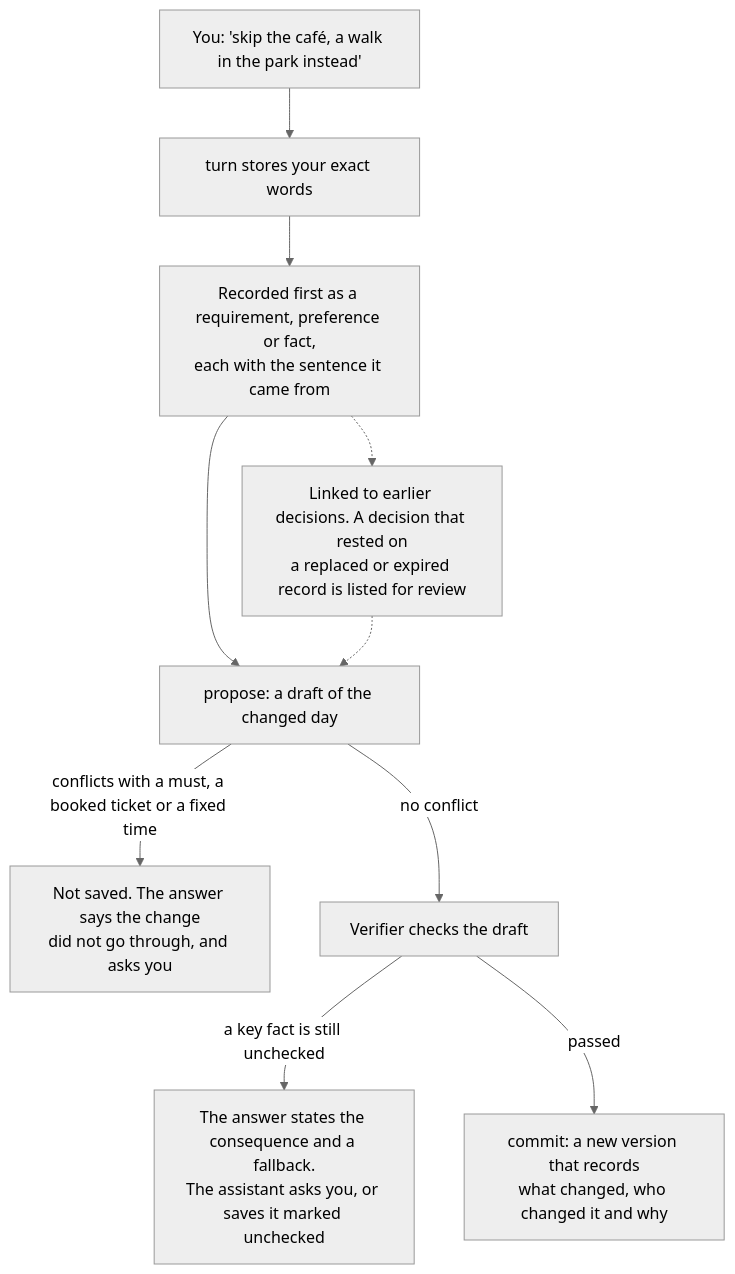
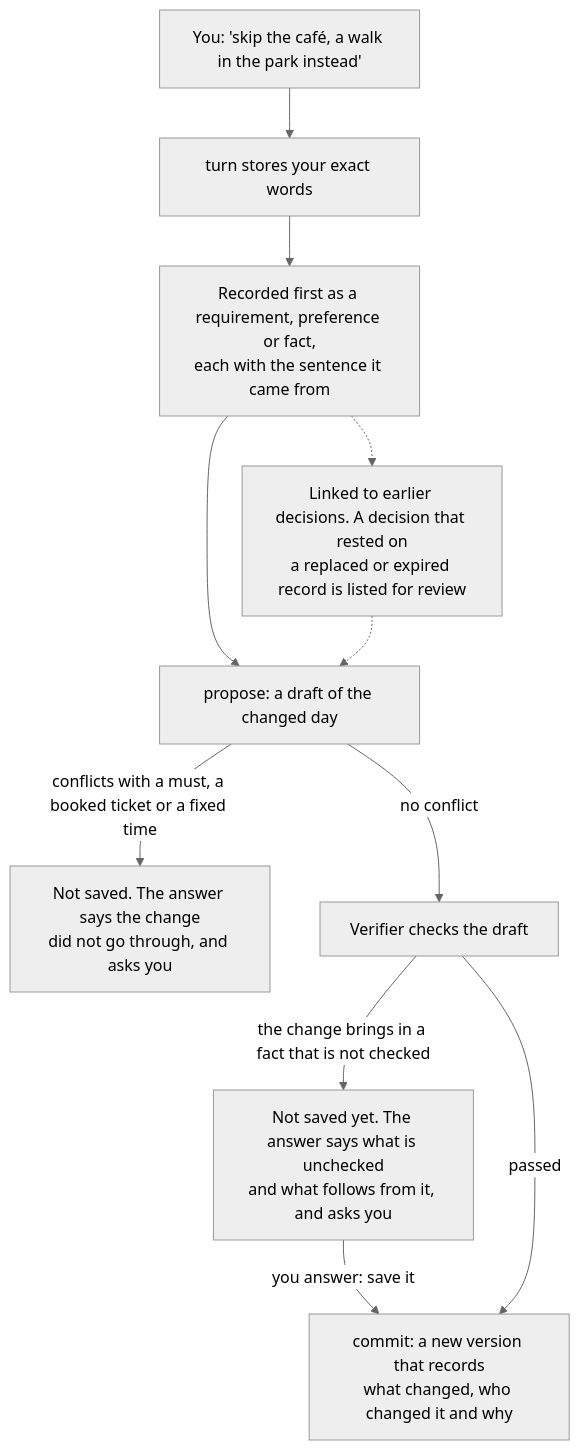
One commit to zlxdengtianhei/tripwright changed the second of 3 diagrams in README.md. Above: the diagram before and after it, drawn with Mermaid (neutral theme). The commit also changed other lines of this file and 3 other files, not shown here.

````diff
--- a/README.md
+++ b/README.md
@@ -42,12 +42,12 @@
 ```mermaid
 flowchart TD
     A["You: 'skip the café, a walk in the park instead'"] --> B["turn stores your exact words"]
     B --> C["Recorded first as a requirement, preference or fact,<br/>each with the sentence it came from"]
     C -.-> D["Linked to earlier decisions. A decision that rested on<br/>a replaced or expired record is listed for review"]
     C --> E["propose: a draft of the changed day"]
     D -.-> E
     E -->|"conflicts with a must, a booked ticket or a fixed time"| X["Not saved. The answer says the change<br/>did not go through, and asks you"]
     E -->|"no conflict"| F["Verifier checks the draft"]
-    F -->|"a key fact is still unchecked"| Y["The answer states the consequence and a fallback.<br/>The assistant asks you, or saves it marked unchecked"]
+    F -->|"the change brings in a fact that is not checked"| Y["Not saved yet. The answer says what is unchecked<br/>and what follows from it, and asks you"] -->|"you answer: save it"| H
     F -->|"passed"| H["commit: a new version that records<br/>what changed, who changed it and why"]
 ```
````
